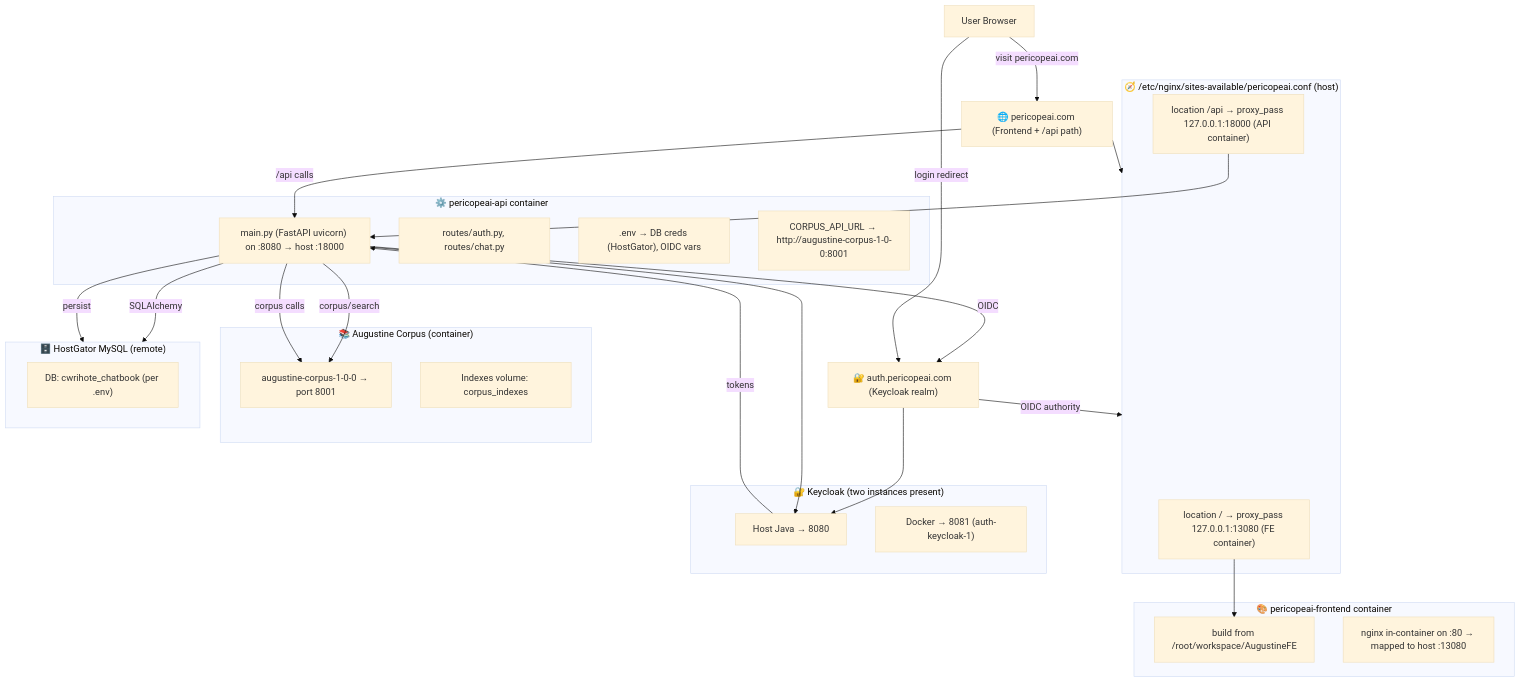
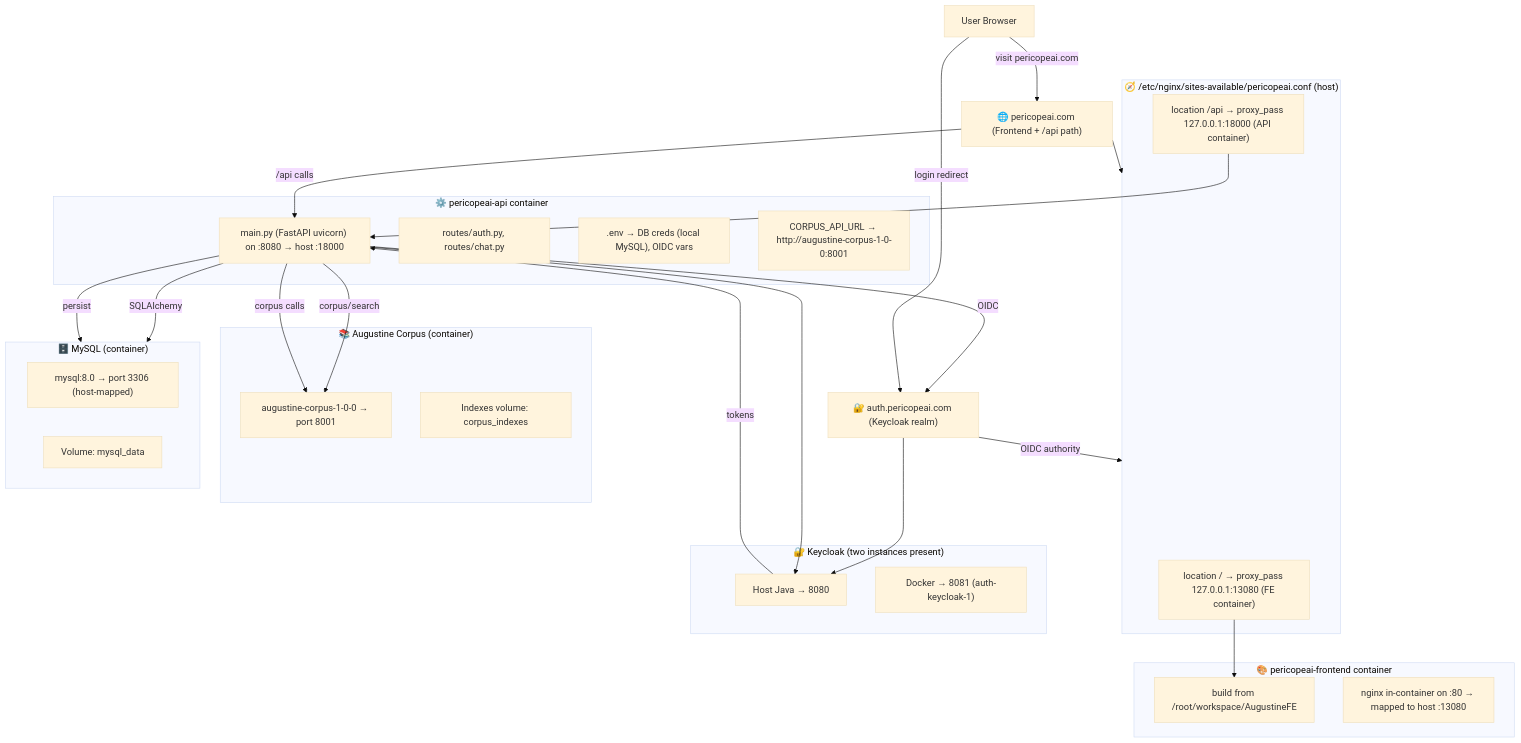
One commit to benlagrone/fortress-phronesis changed the diagram in docs/pericope-ai.mmd. Above: the diagram before and after it, drawn with Mermaid (base theme). The commit also changed 5 other files, not shown here.

```diff
--- a/docs/pericope-ai.mmd
+++ b/docs/pericope-ai.mmd
@@ -1,65 +1,66 @@
 graph TD
 
 %% ─── ENTRYPOINTS ─────────────────────────────
 A1["🌐 pericopeai.com (Frontend + /api path)"]
 A2["🔐 auth.pericopeai.com (Keycloak realm)"]
 
 %% ─── NGINX CONFIGURATION ─────────────────────
 subgraph S1["🧭 /etc/nginx/sites-available/pericopeai.conf (host)"]
   S1a["location / → proxy_pass 127.0.0.1:13080 (FE container)"]
   S1b["location /api → proxy_pass 127.0.0.1:18000 (API container)"]
 end
 
 A1 --> S1
 A2 -->|OIDC authority| S1
 
 %% ─── FRONTEND (CONTAINER) ─────────────────────
 subgraph S2["🎨 pericopeai-frontend container"]
   S2a["build from /root/workspace/AugustineFE"]
   S2b["nginx in-container on :80 → mapped to host :13080"]
 end
 
 S1a --> S2a
 
 %% ─── BACKEND (CONTAINER) ─────────────────────
 subgraph S3["⚙️ pericopeai-api container"]
   S3a["main.py (FastAPI uvicorn) on :8080 → host :18000"]
   S3b["routes/auth.py, routes/chat.py"]
-  S3c[".env → DB creds (HostGator), OIDC vars"]
+  S3c[".env → DB creds (local MySQL), OIDC vars"]
   S3d["CORPUS_API_URL → http://augustine-corpus-1-0-0:8001"]
 end
 
 S1b --> S3a
 S3a -->|OIDC| A2
 S3a -->|corpus/search| S4a
 
 %% ─── CORPUS SERVICE ──────────────────────────
 subgraph S4["📚 Augustine Corpus (container)"]
   S4a["augustine-corpus-1-0-0 → port 8001"]
   S4b["Indexes volume: corpus_indexes"]
 end
 
 %% ─── DATABASE ────────────────────────────────
-subgraph S5["🗄️ HostGator MySQL (remote)"]
-  S5a["DB: cwrihote_chatbook (per .env)"]
+subgraph S5["🗄️ MySQL (container)"]
+  S5a["mysql:8.0 → port 3306 (host-mapped)"]
+  S5b["Volume: mysql_data"]
 end
 
 S3a -->|SQLAlchemy| S5
 
 %% ─── AUTH SERVER ─────────────────────────────
 subgraph S6["🔐 Keycloak (two instances present)"]
   S6a["Host Java → 8080"]
   S6b["Docker → 8081 (auth-keycloak-1)"]
 end
 
 A2 --> S6a
 S3a --> S6a
 
 %% ─── LOGICAL FLOW ────────────────────────────
 User["User Browser"] -->|visit pericopeai.com| A1
 User -->|login redirect| A2
 A1 -->|/api calls| S3a
 S3a -->|persist| S5
 S6a -->|tokens| S3a
 S3a -->|corpus calls| S4a
 %% Note: API served via path /api on pericopeai.com (api.* subdomain unused).
```
